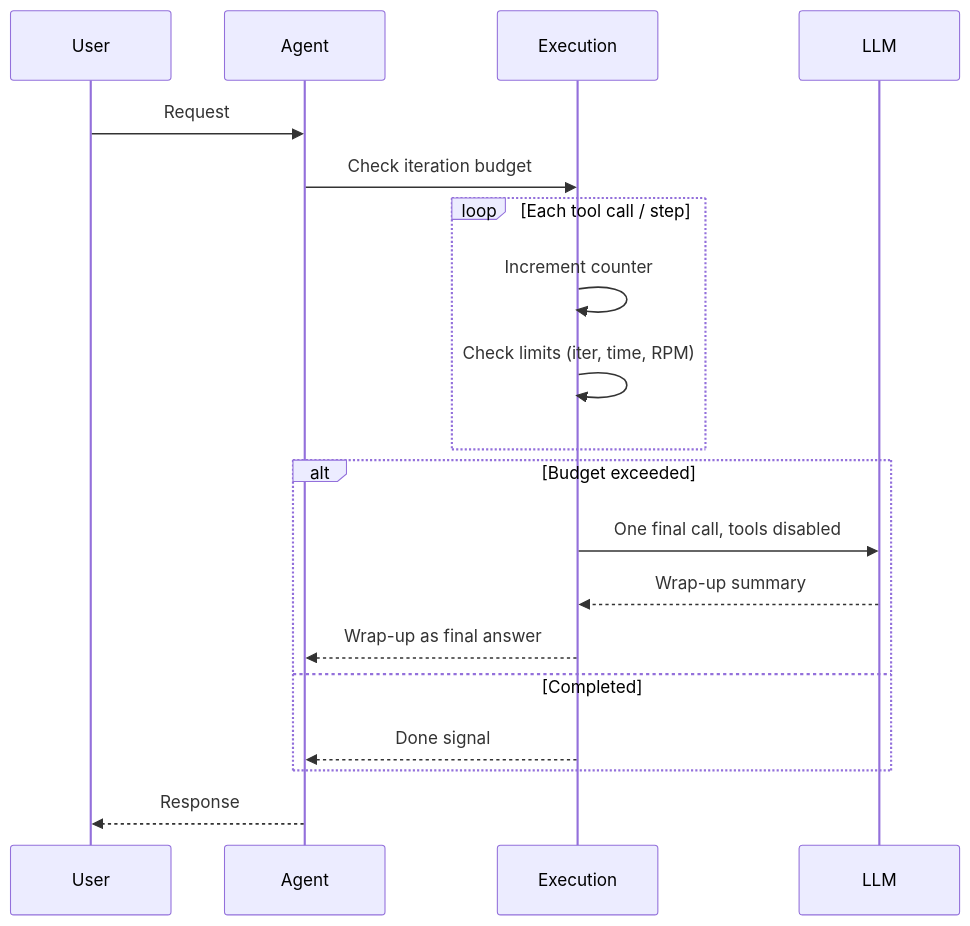
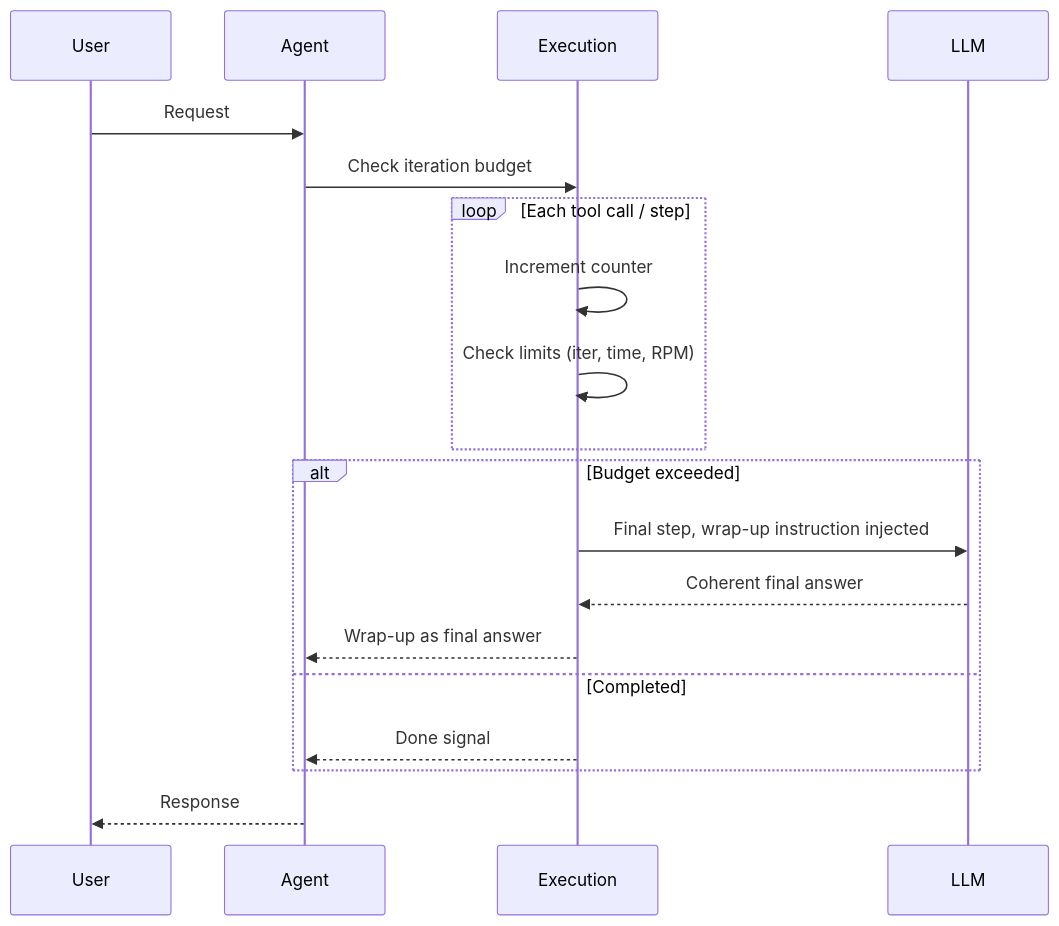
One commit to MervinPraison/PraisonAIDocs changed the third of 3 diagrams in docs/features/execution.mdx. Above: the diagram before and after it, drawn with Mermaid. The commit also changed other lines of this file and 4 other files, not shown here.

````diff
--- a/docs/features/execution.mdx
+++ b/docs/features/execution.mdx
@@ -95,22 +95,22 @@
 ```mermaid
 sequenceDiagram
     participant User
     participant Agent
     participant Execution
     participant LLM
 
     User->>Agent: Request
     Agent->>Execution: Check iteration budget
     loop Each tool call / step
         Execution->>Execution: Increment counter
         Execution->>Execution: Check limits (iter, time, RPM)
     end
     alt Budget exceeded
-        Execution->>LLM: One final call, tools disabled
-        LLM-->>Execution: Wrap-up summary
+        Execution->>LLM: Final step, wrap-up instruction injected
+        LLM-->>Execution: Coherent final answer
         Execution-->>Agent: Wrap-up as final answer
     else Completed
         Execution-->>Agent: Done signal
     end
     Agent-->>User: Response
 ```
````
